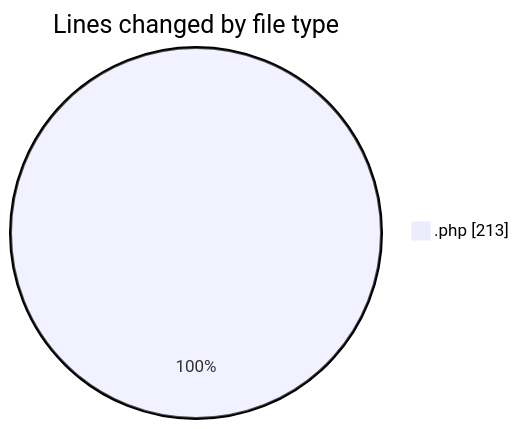
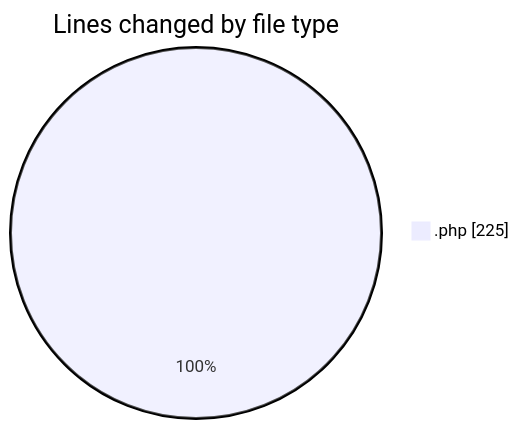
One commit to LanceThiago/code-tracking changed the first of 2 diagrams in 2025-04-11/web/README.md. Above: the diagram before and after it, drawn with Mermaid. The commit also changed other lines of this file and 1 other file, not shown here.

````diff
--- a/2025-04-11/web/README.md
+++ b/2025-04-11/web/README.md
@@ -20,5 +20,5 @@
 ```mermaid
 pie showData
 title Lines changed by file type
-".php" : 213
+".php" : 225
 ```
````
